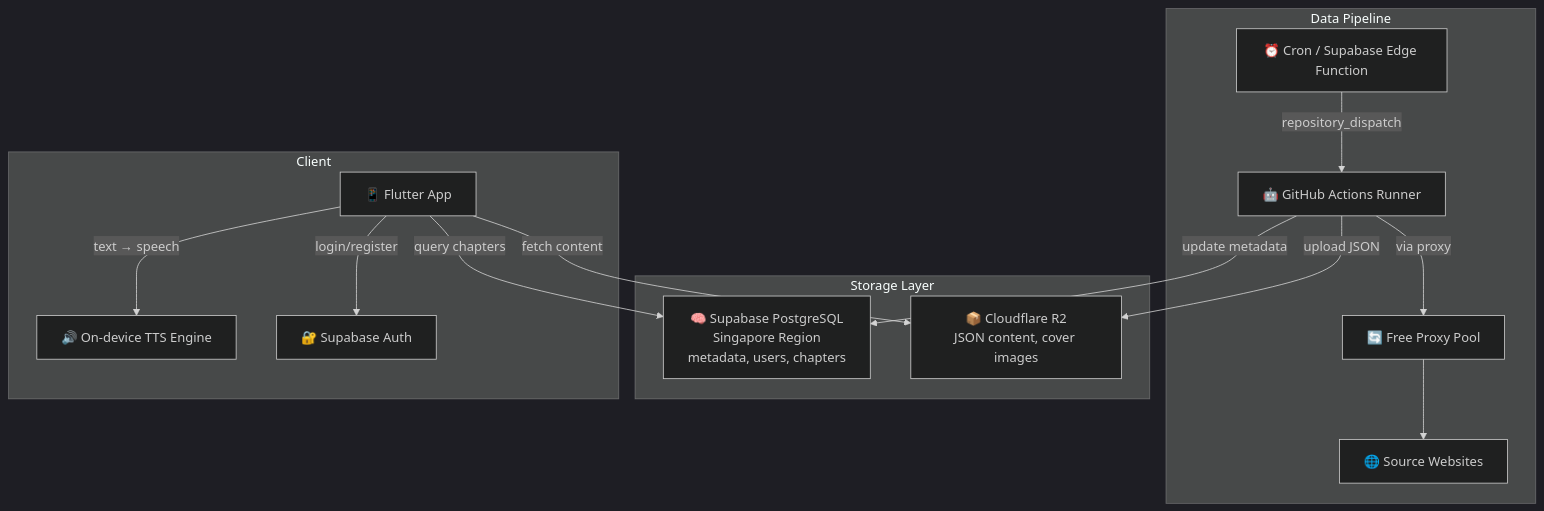
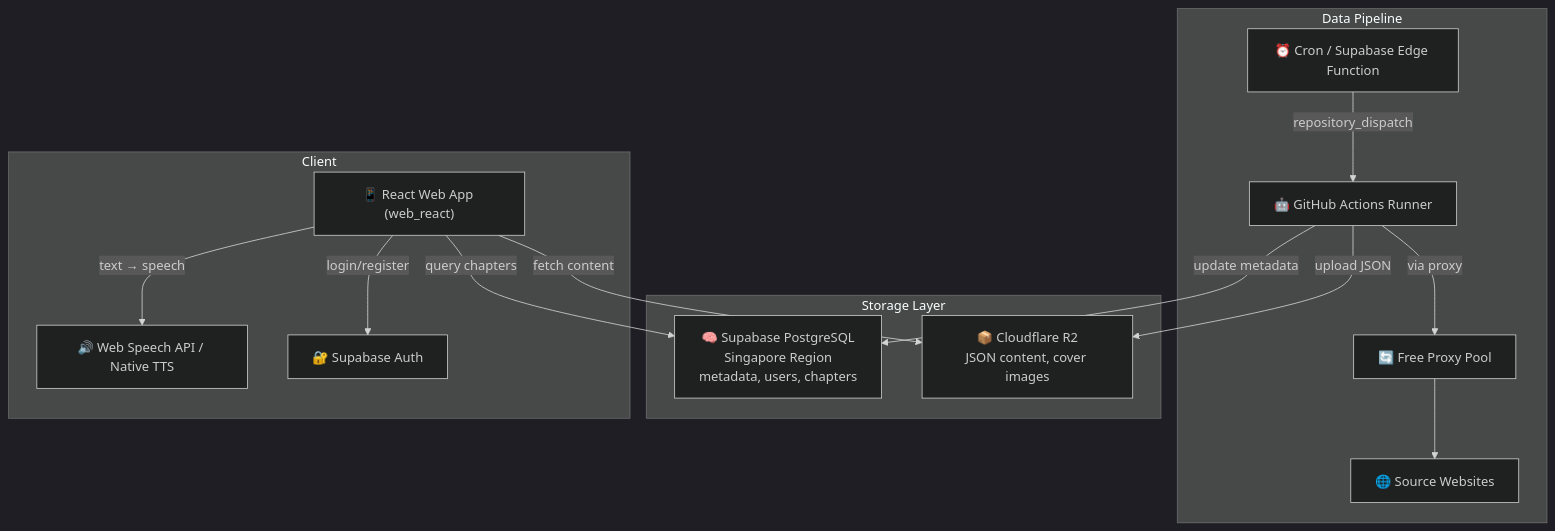
One commit to BinhTHB/reader-hub changed the first of 2 diagrams in CONTEXT.md. Above: the diagram before and after it, drawn with Mermaid (dark theme). The commit also changed other lines of this file and 2 other files, not shown here.

````diff
--- a/CONTEXT.md
+++ b/CONTEXT.md
@@ -17,29 +17,29 @@
 ```mermaid
 graph TB
     subgraph "Data Pipeline"
         CRON["⏰ Cron / Supabase Edge Function"]
         GA["🤖 GitHub Actions Runner"]
         PROXY["🔄 Free Proxy Pool"]
         WEB["🌐 Source Websites"]
     end
 
     subgraph "Storage Layer"
         SUPA["🧠 Supabase PostgreSQL<br/>Singapore Region<br/>metadata, users, chapters"]
         R2["📦 Cloudflare R2<br/>JSON content, cover images"]
     end
 
     subgraph "Client"
-        APP["📱 Flutter App"]
-        TTS["🔊 On-device TTS Engine"]
+        APP["📱 React Web App (web_react)"]
+        TTS["🔊 Web Speech API / Native TTS"]
         AUTH["🔐 Supabase Auth"]
     end
 
     CRON -->|repository_dispatch| GA
     GA -->|via proxy| PROXY --> WEB
     GA -->|upload JSON| R2
     GA -->|update metadata| SUPA
     APP -->|query chapters| SUPA
     APP -->|fetch content| R2
     APP -->|text → speech| TTS
     APP -->|login/register| AUTH
 ```
````
